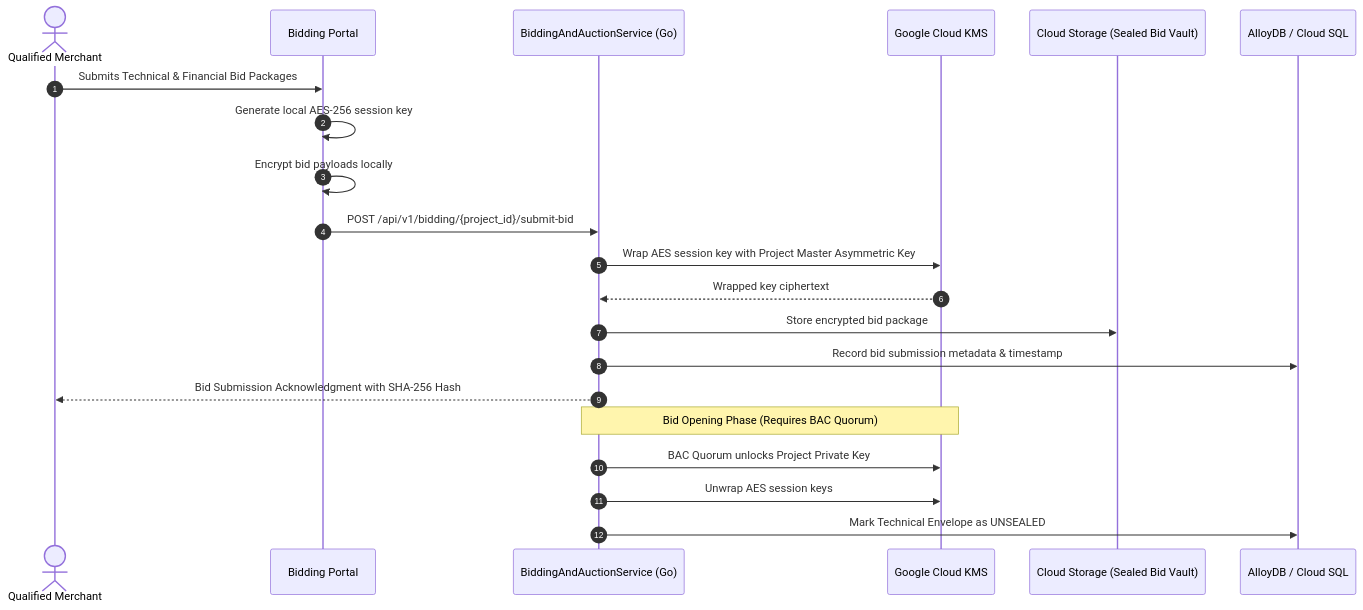
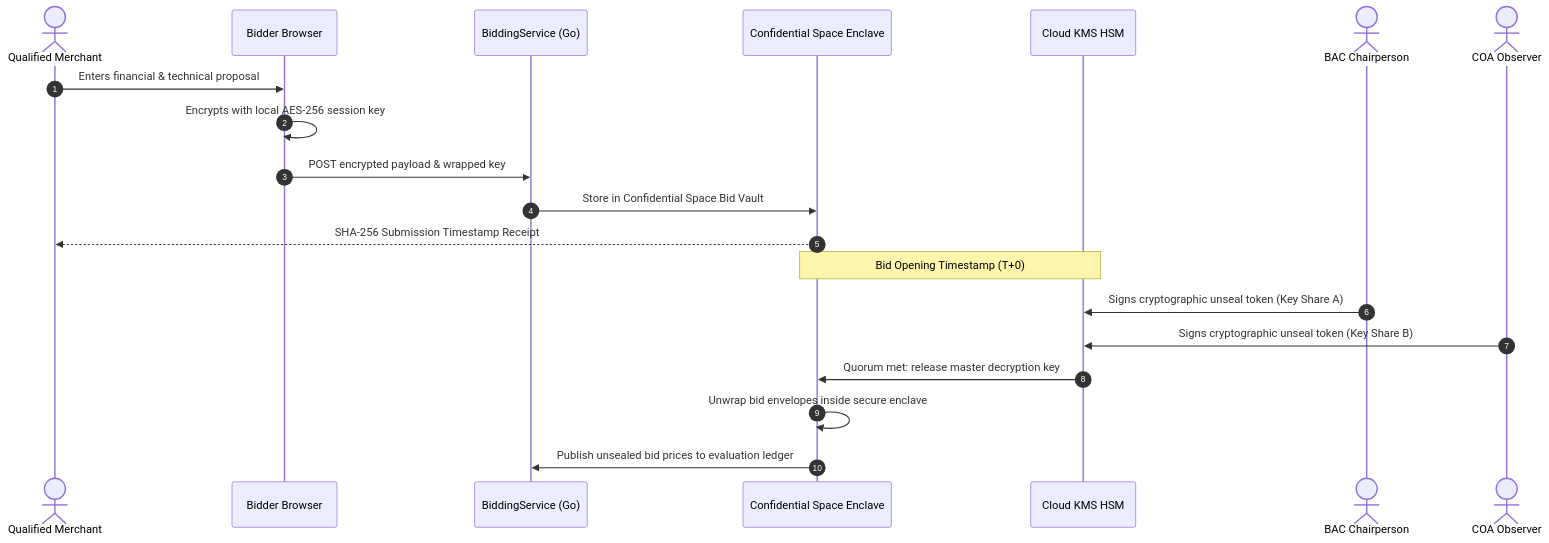
The fifth of 6 diagrams in mPhilGEPS_GoogleCloud_TDD.md (markea/psdbm-philgeps-2026), drawn with Mermaid before and after one commit. The commit also changed other lines of this file and 4 other files, not shown here.

First line of the commit message:
Align BRD, TDD, and Implementation Plan with PS-DBM Gemini Requirements Architecture v1.0

````diff
--- a/mPhilGEPS_GoogleCloud_TDD.md
+++ b/mPhilGEPS_GoogleCloud_TDD.md
@@ -499,25 +358,24 @@
 ```mermaid
 sequenceDiagram
     autonumber
     actor Bidder as Qualified Merchant
-    participant UI as Bidding Portal
-    participant API as BiddingAndAuctionService (Go)
-    participant KMS as Google Cloud KMS
-    participant Storage as Cloud Storage (Sealed Bid Vault)
-    participant DB as AlloyDB / Cloud SQL
+    participant Browser as Bidder Browser
+    participant API as BiddingService (Go)
+    participant Vault as Confidential Space Enclave
+    participant KMS as Cloud KMS HSM
+    actor BAC as BAC Chairperson
+    actor COA as COA Observer
 
-    Bidder->>UI: Submits Technical & Financial Bid Packages
-    UI->>UI: Generate local AES-256 session key
-    UI->>UI: Encrypt bid payloads locally
-    UI->>API: POST /api/v1/bidding/{project_id}/submit-bid
-    API->>KMS: Wrap AES session key with Project Master Asymmetric Key
-    KMS-->>API: Wrapped key ciphertext
-    API->>Storage: Store encrypted bid package
-    API->>DB: Record bid submission metadata & timestamp
-    API-->>Bidder: Bid Submission Acknowledgment with SHA-256 Hash
+    Bidder->>Browser: Enters financial & technical proposal
+    Browser->>Browser: Encrypts with local AES-256 session key
+    Browser->>API: POST encrypted payload & wrapped key
+    API->>Vault: Store in Confidential Space Bid Vault
+    Vault-->>Bidder: SHA-256 Submission Timestamp Receipt
 
-    Note over API,KMS: Bid Opening Phase (Requires BAC Quorum)
-    API->>KMS: BAC Quorum unlocks Project Private Key
-    API->>KMS: Unwrap AES session keys
-    API->>DB: Mark Technical Envelope as UNSEALED
+    Note over Vault,KMS: Bid Opening Timestamp (T+0)
+    BAC->>KMS: Signs cryptographic unseal token (Key Share A)
+    COA->>KMS: Signs cryptographic unseal token (Key Share B)
+    KMS->>Vault: Quorum met: release master decryption key
+    Vault->>Vault: Unwrap bid envelopes inside secure enclave
+    Vault->>API: Publish unsealed bid prices to evaluation ledger
 ```
````
